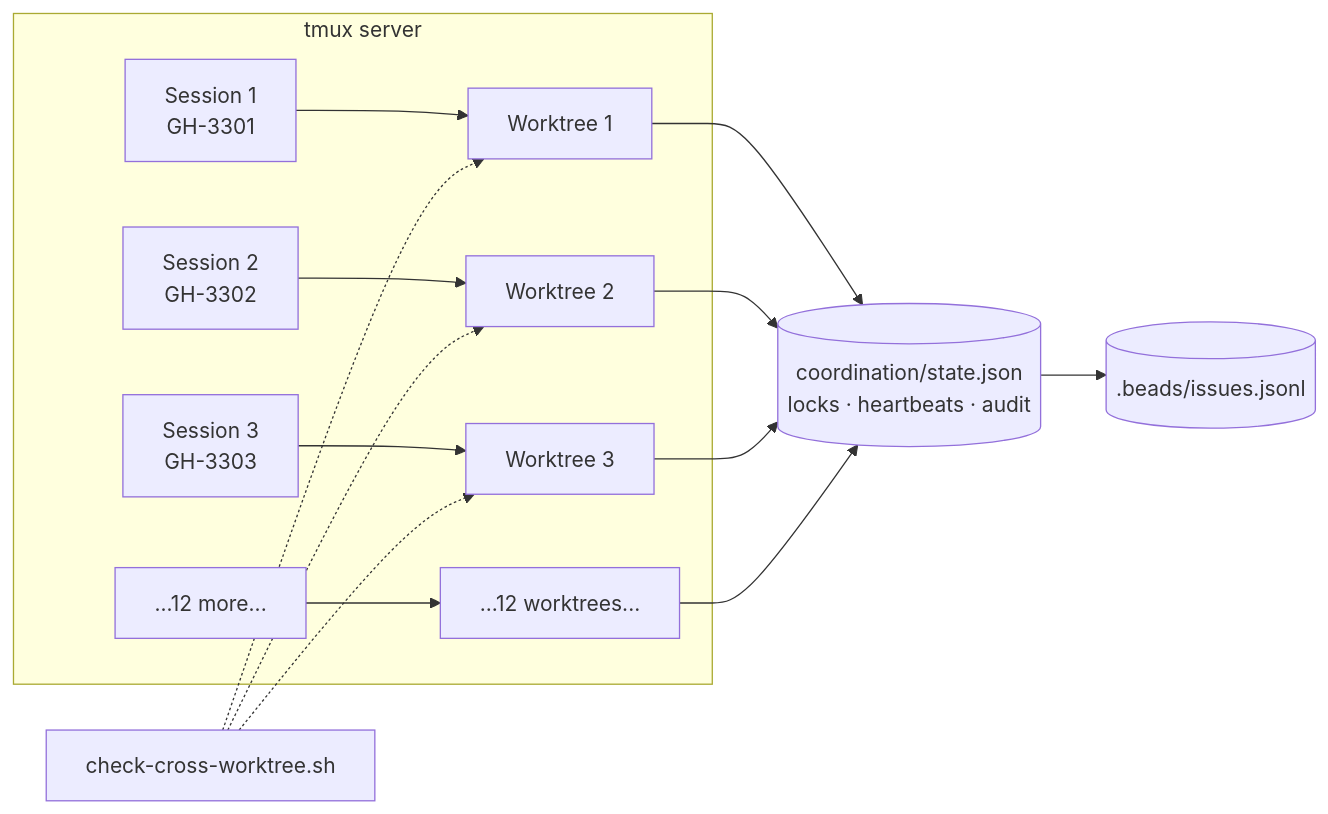
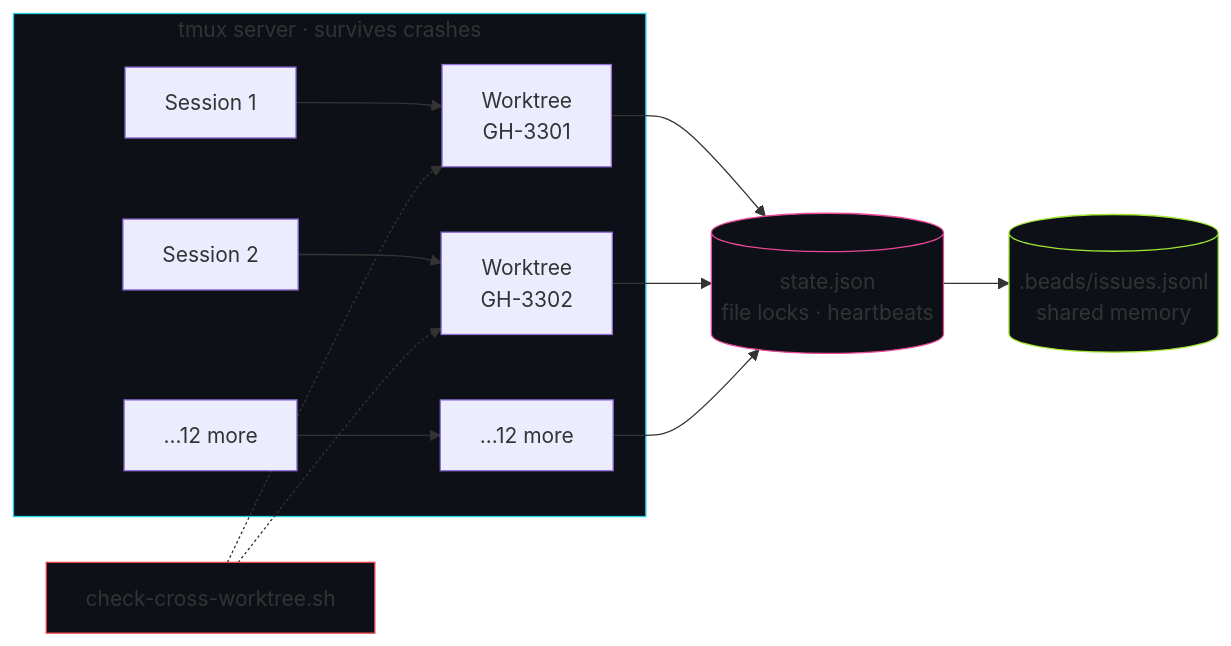
The second of 5 diagrams in demo/slides/slides.md (zanebarker-ops/claude-dev-toolkit), drawn with Mermaid before and after one commit. The commit also changed other lines of this file and 1 other file, not shown here.

````diff
--- a/demo/slides/slides.md
+++ b/demo/slides/slides.md
@@ -640,17 +912,21 @@
-```mermaid {scale: 0.55}
+```mermaid
 flowchart LR
-  subgraph TMUX[tmux server]
-    S1[Session 1<br/>GH-3301] --> W1[Worktree 1]
-    S2[Session 2<br/>GH-3302] --> W2[Worktree 2]
-    S3[Session 3<br/>GH-3303] --> W3[Worktree 3]
-    Sdots[...12 more...] --> Wdots[...12 worktrees...]
+  subgraph TMX[tmux server · survives crashes]
+    S1[Session 1] --> W1[Worktree<br/>GH-3301]
+    S2[Session 2] --> W2[Worktree<br/>GH-3302]
+    Sx[...12 more] --> Wx[...12 more]
   end
-  W1 --> COORD[(coordination/state.json<br/>locks · heartbeats · audit)]
+
+  W1 --> COORD[(state.json<br/>file locks · heartbeats)]
   W2 --> COORD
-  W3 --> COORD
-  Wdots --> COORD
-  COORD --> BEADS[(.beads/issues.jsonl)]
-  HOOK[check-cross-worktree.sh] -.-> W1
-  HOOK -.-> W2
-  HOOK -.-> W3
+  Wx --> COORD
+  COORD --> BEADS[(.beads/issues.jsonl<br/>shared memory)]
+
+  HK[check-cross-worktree.sh] -.-> W1
+  HK -.-> W2
+
+  style TMX fill:#0d1117,stroke:#22d3ee
+  style COORD fill:#0d1117,stroke:#ec4899
+  style BEADS fill:#0d1117,stroke:#a3e635
+  style HK fill:#0d1117,stroke:#ef4444
 ```
````
